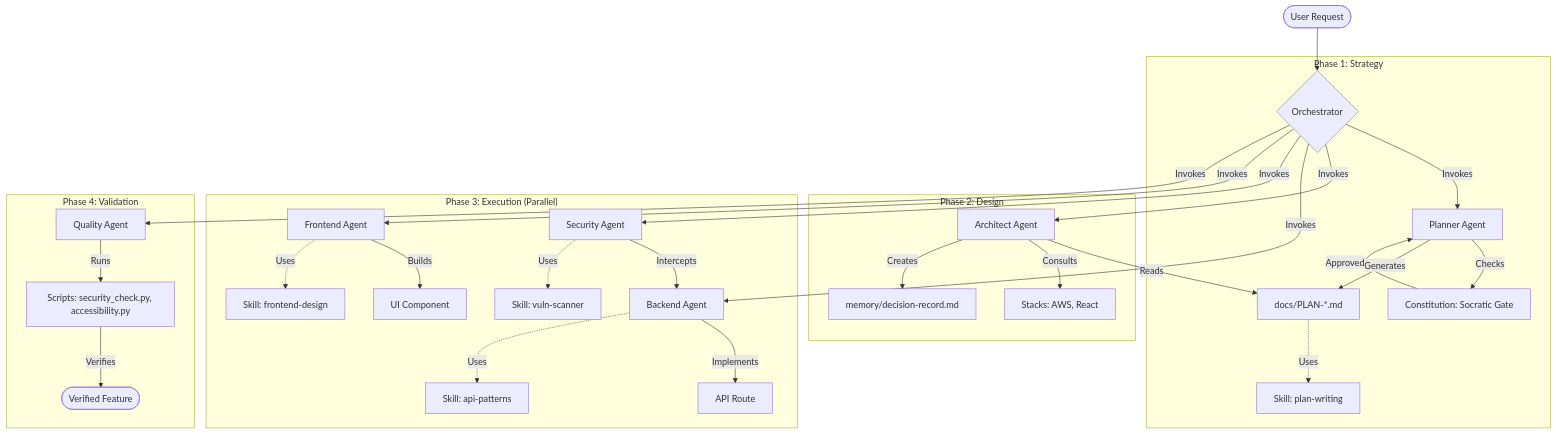
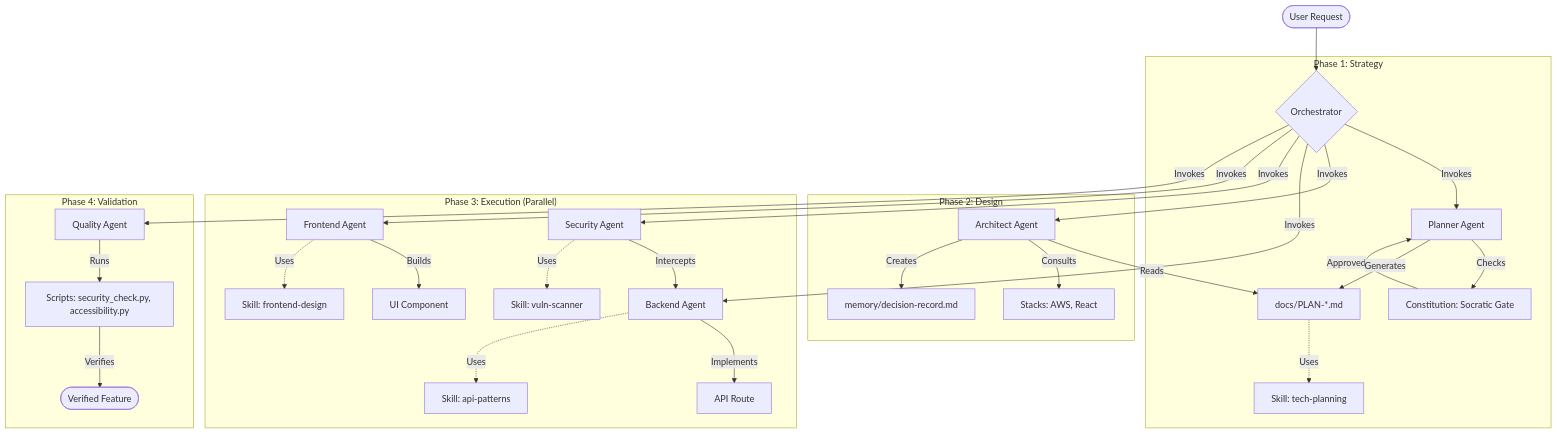
One commit to rkvasne/inelegis changed the diagram in .github/prompts/orchestrator.prompt.md. Above: the diagram before and after it, drawn with Mermaid. The commit also changed other lines of this file and 13 other files, not shown here.

````diff
--- a/.github/prompts/orchestrator.prompt.md
+++ b/.github/prompts/orchestrator.prompt.md
@@ -1283,115 +1119,39 @@
 ```mermaid
-
-
 graph TD
-
-
     User([User Request]) --> Orchestrator{Orchestrator}
 
-
-
-
-
     subgraph "Phase 1: Strategy"
-
-
         Orchestrator -->|Invokes| Planner[Planner Agent]
-
-
         Planner -->|Checks| Constitution[Constitution: Socratic Gate]
-
-
         Constitution -- Approved --> Planner
-
-
         Planner -->|Generates| PlanFile[docs/PLAN-*.md]
-
-
-        PlanFile -.->|Uses| SkillPlan[Skill: plan-writing]
-
-
+        PlanFile -.->|Uses| SkillPlan[Skill: tech-planning]
     end
 
-
-
-
-
     subgraph "Phase 2: Design"
-
-
         Orchestrator -->|Invokes| Architect[Architect Agent]
-
-
         Architect -->|Reads| PlanFile
-
-
         Architect -->|Consults| Stacks[Stacks: AWS, React]
-
-
         Architect -->|Creates| ADR[memory/decision-record.md]
-
-
     end
 
-
-
-
-
     subgraph "Phase 3: Execution (Parallel)"
-
-
         Orchestrator -->|Invokes| Backend[Backend Agent]
-
-
         Orchestrator -->|Invokes| Security[Security Agent]
-
-
         Orchestrator -->|Invokes| Frontend[Frontend Agent]
 
-
-
-
-
         Backend -->|Implements| APIRoute[API Route]
-
-
         Security -- Intercepts --> Backend
-
-
         Frontend -->|Builds| UIComponent[UI Component]
 
-
-
-
-
         Backend -.->|Uses| SkillAPI[Skill: api-patterns]
-
-
         Security -.->|Uses| SkillVuln[Skill: vuln-scanner]
-
-
         Frontend -.->|Uses| SkillDesign[Skill: frontend-design]
-
-
     end
 
-
-
-
-
     subgraph "Phase 4: Validation"
-
-
         Orchestrator -->|Invokes| QA[Quality Agent]
-
-
         QA -->|Runs| Scripts[Scripts: security_check.py, accessibility.py]
-
-
         Scripts -->|Verifies| FinalOutput([Verified Feature])
-
-
     end
-
-
 ```
````
